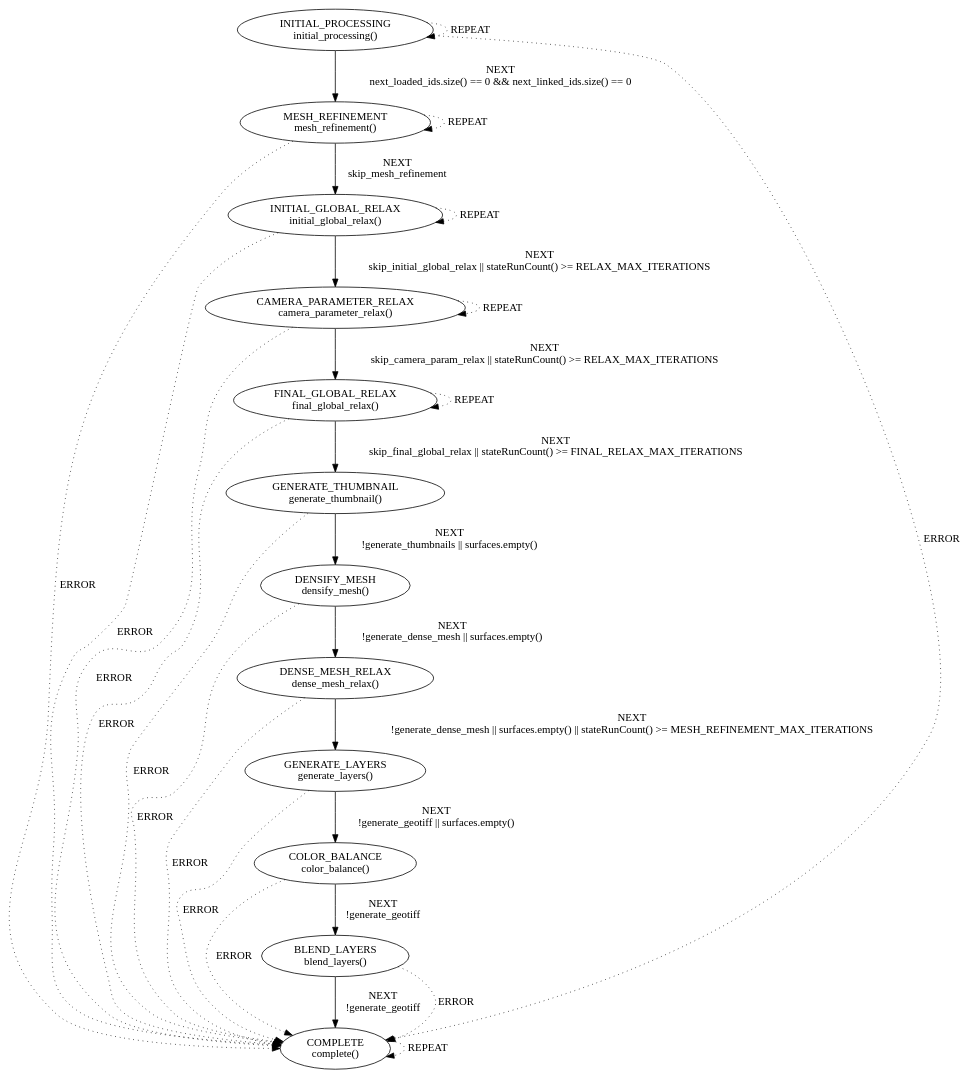
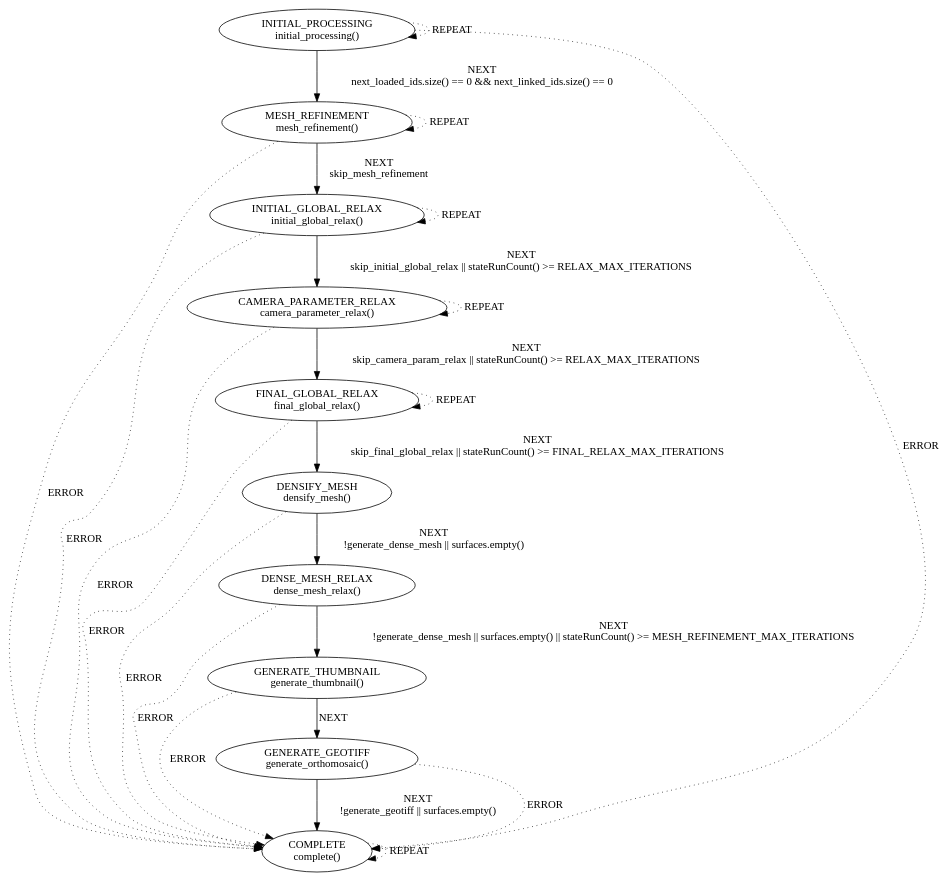
Before and after one commit to jkflying/opencalibration: the diagram in src/pipeline/pipeline.cpp.dot, drawn with Graphviz. The commit also changed 5 other files, not shown here.

```diff
--- a/src/pipeline/pipeline.cpp.dot
+++ b/src/pipeline/pipeline.cpp.dot
@@ -1,30 +1,26 @@
 digraph {
     "INITIAL_PROCESSING\ninitial_processing()" -> "MESH_REFINEMENT\nmesh_refinement()" [label="NEXT\nnext_loaded_ids.size() == 0 && next_linked_ids.size() == 0", style="solid", weight=1]
     "INITIAL_PROCESSING\ninitial_processing()" -> "COMPLETE\ncomplete()" [label="ERROR", style="dotted", weight=0.1]
     "MESH_REFINEMENT\nmesh_refinement()" -> "INITIAL_GLOBAL_RELAX\ninitial_global_relax()" [label="NEXT\nskip_mesh_refinement", style="solid", weight=1]
     "MESH_REFINEMENT\nmesh_refinement()" -> "COMPLETE\ncomplete()" [label="ERROR", style="dotted", weight=0.1]
     "INITIAL_GLOBAL_RELAX\ninitial_global_relax()" -> "CAMERA_PARAMETER_RELAX\ncamera_parameter_relax()" [label="NEXT\nskip_initial_global_relax || stateRunCount() >= RELAX_MAX_ITERATIONS", style="solid", weight=1]
     "INITIAL_GLOBAL_RELAX\ninitial_global_relax()" -> "COMPLETE\ncomplete()" [label="ERROR", style="dotted", weight=0.1]
     "CAMERA_PARAMETER_RELAX\ncamera_parameter_relax()" -> "FINAL_GLOBAL_RELAX\nfinal_global_relax()" [label="NEXT\nskip_camera_param_relax || stateRunCount() >= RELAX_MAX_ITERATIONS", style="solid", weight=1]
     "CAMERA_PARAMETER_RELAX\ncamera_parameter_relax()" -> "COMPLETE\ncomplete()" [label="ERROR", style="dotted", weight=0.1]
-    "FINAL_GLOBAL_RELAX\nfinal_global_relax()" -> "GENERATE_THUMBNAIL\ngenerate_thumbnail()" [label="NEXT\nskip_final_global_relax || stateRunCount() >= FINAL_RELAX_MAX_ITERATIONS", style="solid", weight=1]
+    "FINAL_GLOBAL_RELAX\nfinal_global_relax()" -> "DENSIFY_MESH\ndensify_mesh()" [label="NEXT\nskip_final_global_relax || stateRunCount() >= FINAL_RELAX_MAX_ITERATIONS", style="solid", weight=1]
     "FINAL_GLOBAL_RELAX\nfinal_global_relax()" -> "COMPLETE\ncomplete()" [label="ERROR", style="dotted", weight=0.1]
-    "GENERATE_THUMBNAIL\ngenerate_thumbnail()" -> "DENSIFY_MESH\ndensify_mesh()" [label="NEXT\n!generate_thumbnails || surfaces.empty()", style="solid", weight=1]
-    "GENERATE_THUMBNAIL\ngenerate_thumbnail()" -> "COMPLETE\ncomplete()" [label="ERROR", style="dotted", weight=0.1]
     "DENSIFY_MESH\ndensify_mesh()" -> "DENSE_MESH_RELAX\ndense_mesh_relax()" [label="NEXT\n!generate_dense_mesh || surfaces.empty()", style="solid", weight=1]
     "DENSIFY_MESH\ndensify_mesh()" -> "COMPLETE\ncomplete()" [label="ERROR", style="dotted", weight=0.1]
-    "DENSE_MESH_RELAX\ndense_mesh_relax()" -> "GENERATE_LAYERS\ngenerate_layers()" [label="NEXT\n!generate_dense_mesh || surfaces.empty() || stateRunCount() >= MESH_REFINEMENT_MAX_ITERATIONS", style="solid", weight=1]
+    "DENSE_MESH_RELAX\ndense_mesh_relax()" -> "GENERATE_THUMBNAIL\ngenerate_thumbnail()" [label="NEXT\n!generate_dense_mesh || surfaces.empty() || stateRunCount() >= MESH_REFINEMENT_MAX_ITERATIONS", style="solid", weight=1]
     "DENSE_MESH_RELAX\ndense_mesh_relax()" -> "COMPLETE\ncomplete()" [label="ERROR", style="dotted", weight=0.1]
-    "GENERATE_LAYERS\ngenerate_layers()" -> "COLOR_BALANCE\ncolor_balance()" [label="NEXT\n!generate_geotiff || surfaces.empty()", style="solid", weight=1]
-    "GENERATE_LAYERS\ngenerate_layers()" -> "COMPLETE\ncomplete()" [label="ERROR", style="dotted", weight=0.1]
-    "COLOR_BALANCE\ncolor_balance()" -> "BLEND_LAYERS\nblend_layers()" [label="NEXT\n!generate_geotiff", style="solid", weight=1]
-    "COLOR_BALANCE\ncolor_balance()" -> "COMPLETE\ncomplete()" [label="ERROR", style="dotted", weight=0.1]
-    "BLEND_LAYERS\nblend_layers()" -> "COMPLETE\ncomplete()" [label="NEXT\n!generate_geotiff", style="solid", weight=1]
-    "BLEND_LAYERS\nblend_layers()" -> "COMPLETE\ncomplete()" [label="ERROR", style="dotted", weight=0.1]
+    "GENERATE_THUMBNAIL\ngenerate_thumbnail()" -> "GENERATE_GEOTIFF\ngenerate_orthomosaic()" [label="NEXT", style="solid", weight=1]
+    "GENERATE_THUMBNAIL\ngenerate_thumbnail()" -> "COMPLETE\ncomplete()" [label="ERROR", style="dotted", weight=0.1]
+    "GENERATE_GEOTIFF\ngenerate_orthomosaic()" -> "COMPLETE\ncomplete()" [label="NEXT\n!generate_geotiff || surfaces.empty()", style="solid", weight=1]
+    "GENERATE_GEOTIFF\ngenerate_orthomosaic()" -> "COMPLETE\ncomplete()" [label="ERROR", style="dotted", weight=0.1]
     "INITIAL_PROCESSING\ninitial_processing()" -> "INITIAL_PROCESSING\ninitial_processing()" [label="REPEAT", style="dotted", weight=0.1]
     "INITIAL_GLOBAL_RELAX\ninitial_global_relax()" -> "INITIAL_GLOBAL_RELAX\ninitial_global_relax()" [label="REPEAT", style="dotted", weight=0.1]
     "CAMERA_PARAMETER_RELAX\ncamera_parameter_relax()" -> "CAMERA_PARAMETER_RELAX\ncamera_parameter_relax()" [label="REPEAT", style="dotted", weight=0.1]
     "FINAL_GLOBAL_RELAX\nfinal_global_relax()" -> "FINAL_GLOBAL_RELAX\nfinal_global_relax()" [label="REPEAT", style="dotted", weight=0.1]
     "MESH_REFINEMENT\nmesh_refinement()" -> "MESH_REFINEMENT\nmesh_refinement()" [label="REPEAT", style="dotted", weight=0.1]
     "COMPLETE\ncomplete()" -> "COMPLETE\ncomplete()" [label="REPEAT", style="dotted", weight=0.1]
 }
```
